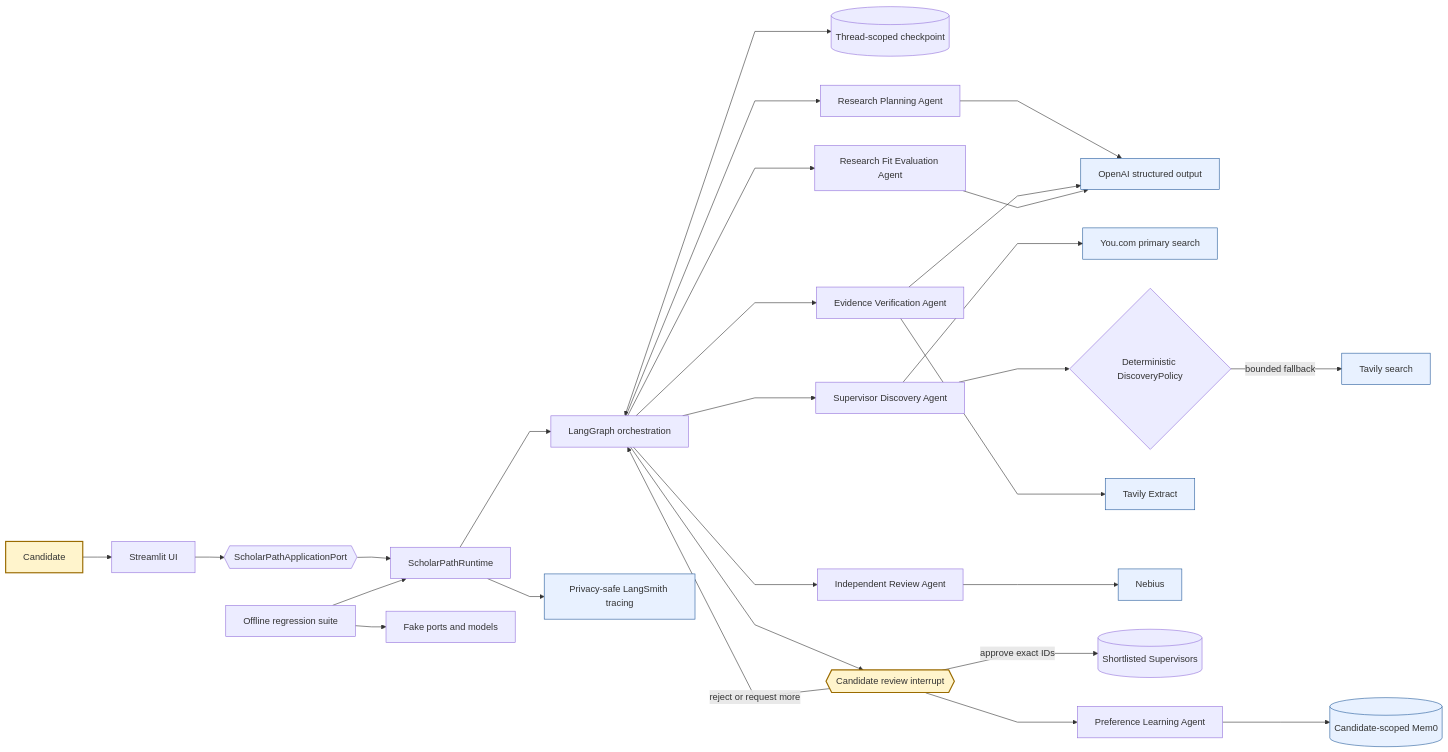
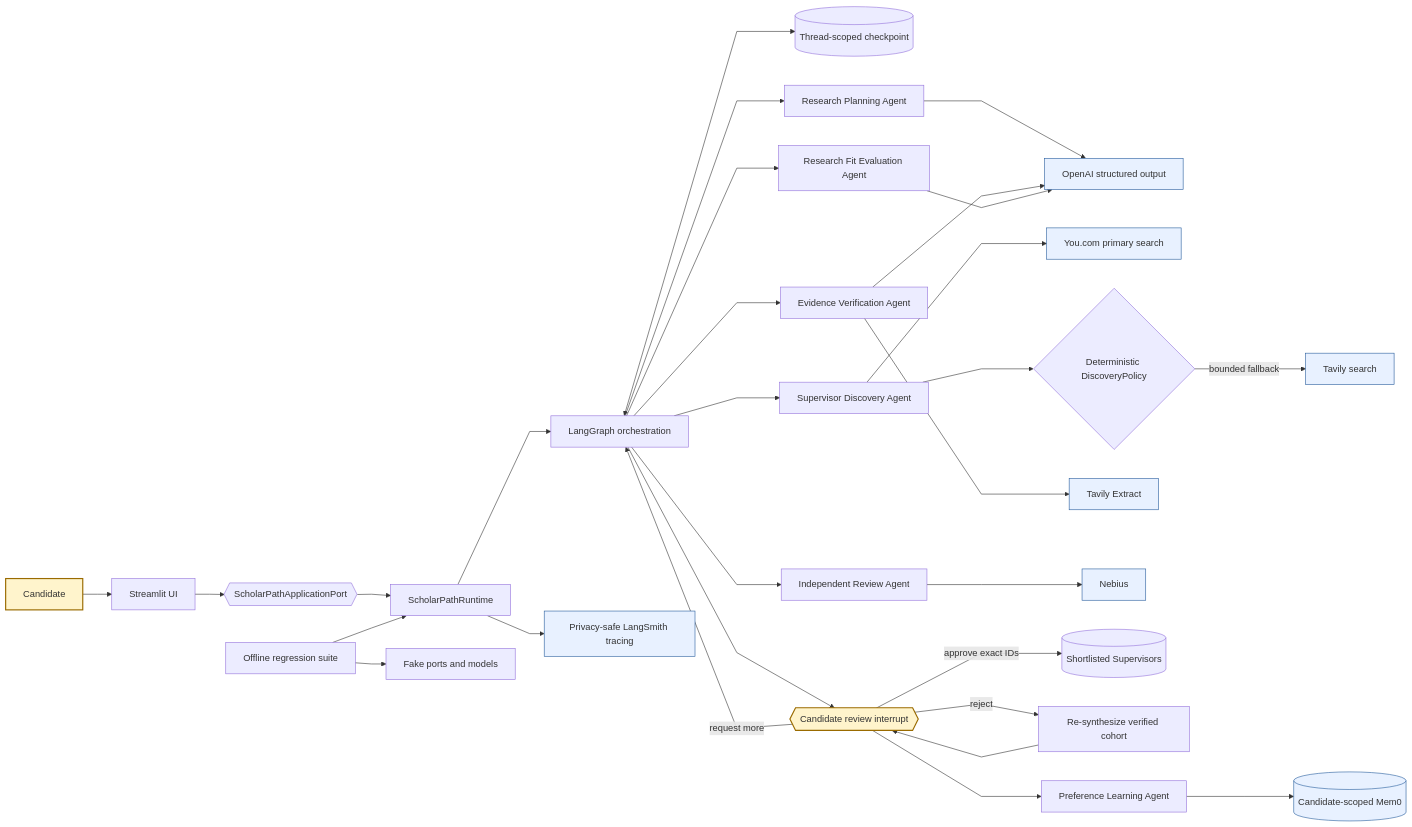
One commit to shanly-rajan/ai-builder changed the diagram in projects/scholar-path/docs/m13-release-architecture.mmd. Above: the diagram before and after it, drawn with Mermaid. The commit also changed 14 other files, not shown here.

Commit message:
fix: reconsider verified shortlist after rejection

```diff
--- a/projects/scholar-path/docs/m13-release-architecture.mmd
+++ b/projects/scholar-path/docs/m13-release-architecture.mmd
@@ -1,43 +1,45 @@
 ---
 config:
   flowchart:
     curve: linear
 ---
 flowchart LR
     Candidate[Candidate] --> UI[Streamlit UI]
     UI --> AppPort{{ScholarPathApplicationPort}}
     AppPort --> Runtime[ScholarPathRuntime]
     Runtime --> Graph[LangGraph orchestration]
     Graph <--> Checkpoint[(Thread-scoped checkpoint)]
 
     Graph --> Planning[Research Planning Agent]
     Planning --> OpenAI[OpenAI structured output]
 
     Graph --> Discovery[Supervisor Discovery Agent]
     Discovery --> You[You.com primary search]
     Discovery --> Policy{Deterministic DiscoveryPolicy}
     Policy -->|bounded fallback| TavilySearch[Tavily search]
 
     Graph --> Evidence[Evidence Verification Agent]
     Evidence --> TavilyExtract[Tavily Extract]
     Evidence --> OpenAI
 
     Graph --> Fit[Research Fit Evaluation Agent]
     Fit --> OpenAI
     Graph --> Review[Independent Review Agent]
     Review --> Nebius[Nebius]
 
     Graph --> Gate{{Candidate review interrupt}}
     Gate -->|approve exact IDs| Shortlist[(Shortlisted Supervisors)]
-    Gate -->|reject or request more| Graph
+    Gate -->|reject| Reconsider[Re-synthesize verified cohort]
+    Reconsider --> Gate
+    Gate -->|request more| Graph
     Gate --> Memory[Preference Learning Agent]
     Memory --> Mem0[(Candidate-scoped Mem0)]
 
     Runtime --> Trace[Privacy-safe LangSmith tracing]
     Eval[Offline regression suite] --> Runtime
     Eval --> Fakes[Fake ports and models]
 
     classDef human fill:#fff4cc,stroke:#9a6b00,stroke-width:2px;
     classDef external fill:#e8f1ff,stroke:#245a9b;
     class Candidate,Gate human;
     class OpenAI,You,TavilySearch,TavilyExtract,Nebius,Mem0,Trace external;
```
